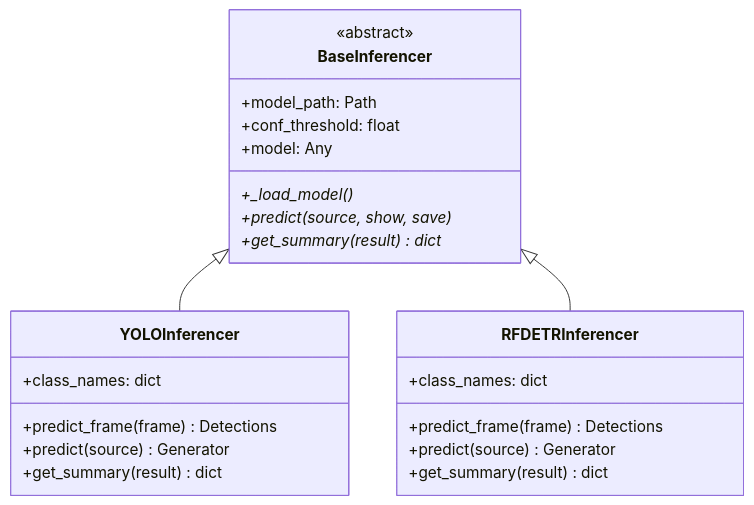
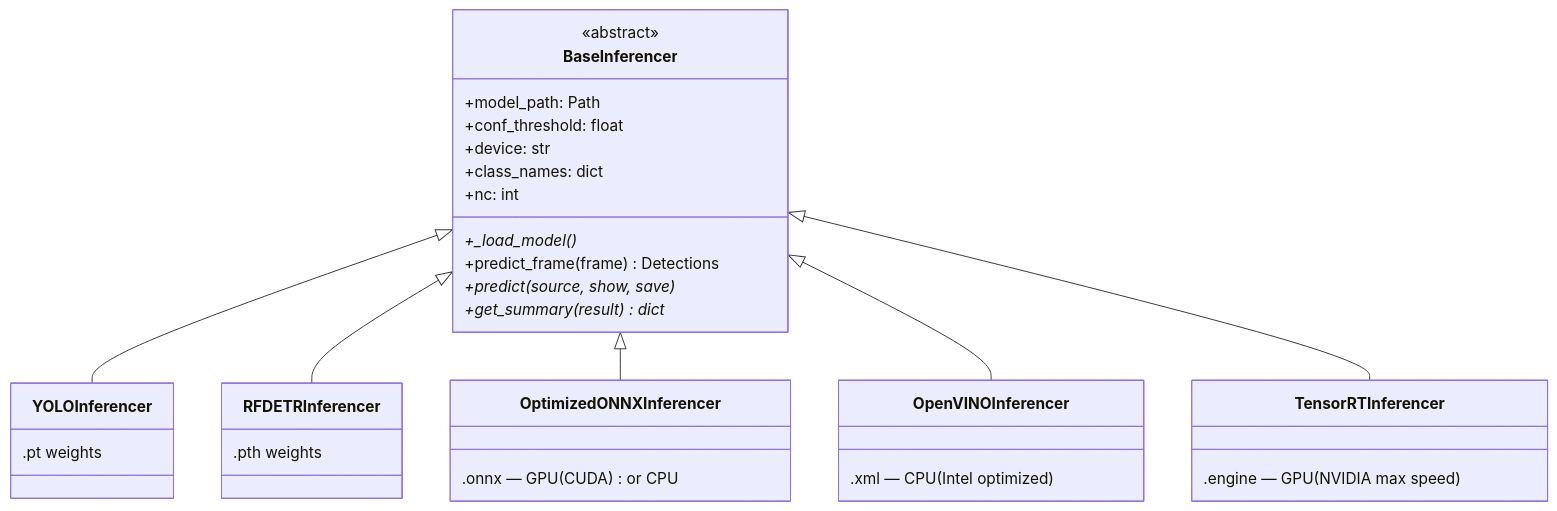
The diagram in docs/inference/index.md (waledroid/IsiDetector), drawn with Mermaid before and after one commit. The commit also changed other lines of this file and 33 other files, not shown here.

````diff
--- a/docs/inference/index.md
+++ b/docs/inference/index.md
@@ -9,29 +9,37 @@
 ```mermaid
 classDiagram
     class BaseInferencer {
         <<abstract>>
         +model_path: Path
         +conf_threshold: float
-        +model: Any
+        +device: str
+        +class_names: dict
+        +nc: int
         +_load_model()*
+        +predict_frame(frame) Detections
         +predict(source, show, save)*
         +get_summary(result)* dict
     }
 
     class YOLOInferencer {
-        +class_names: dict
-        +predict_frame(frame) Detections
-        +predict(source) Generator
-        +get_summary(result) dict
+        .pt weights
     }
-
     class RFDETRInferencer {
-        +class_names: dict
-        +predict_frame(frame) Detections
-        +predict(source) Generator
-        +get_summary(result) dict
+        .pth weights
+    }
+    class OptimizedONNXInferencer {
+        .onnx — GPU (CUDA) or CPU
+    }
+    class OpenVINOInferencer {
+        .xml — CPU (Intel optimized)
+    }
+    class TensorRTInferencer {
+        .engine — GPU (NVIDIA max speed)
     }
 
     BaseInferencer <|-- YOLOInferencer
     BaseInferencer <|-- RFDETRInferencer
+    BaseInferencer <|-- OptimizedONNXInferencer
+    BaseInferencer <|-- OpenVINOInferencer
+    BaseInferencer <|-- TensorRTInferencer
 ```
````
